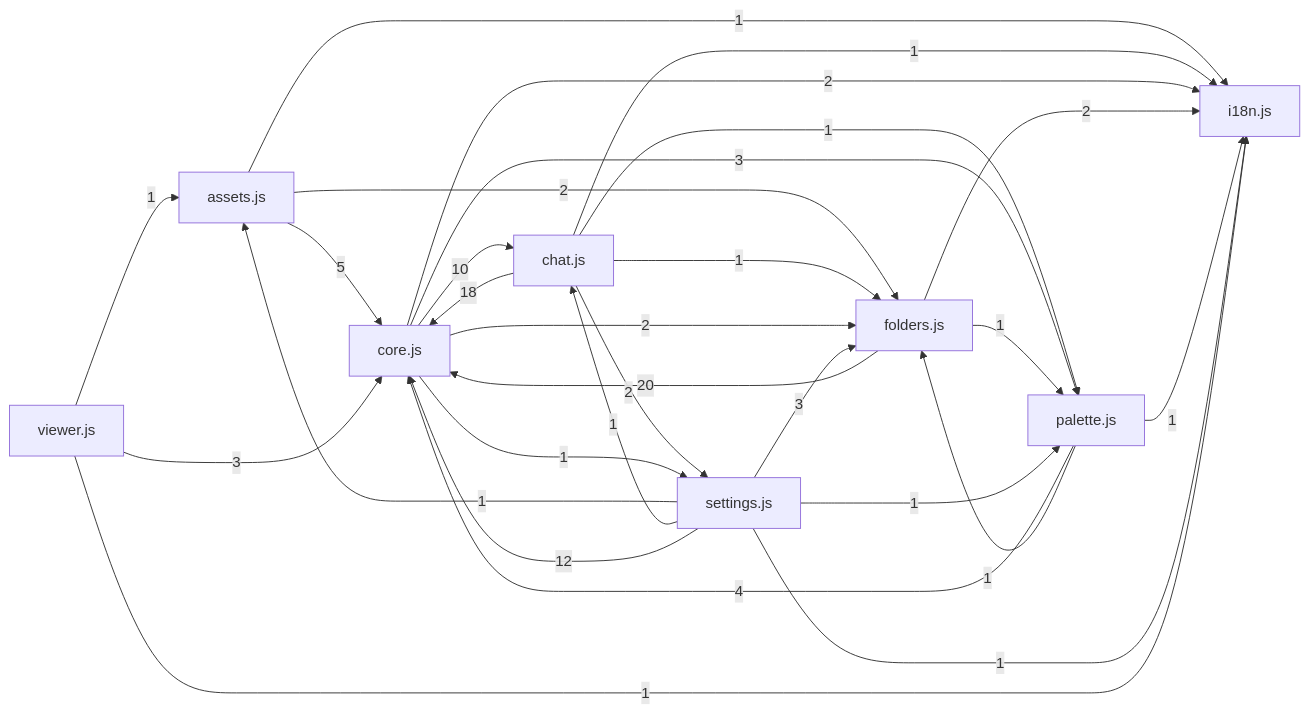
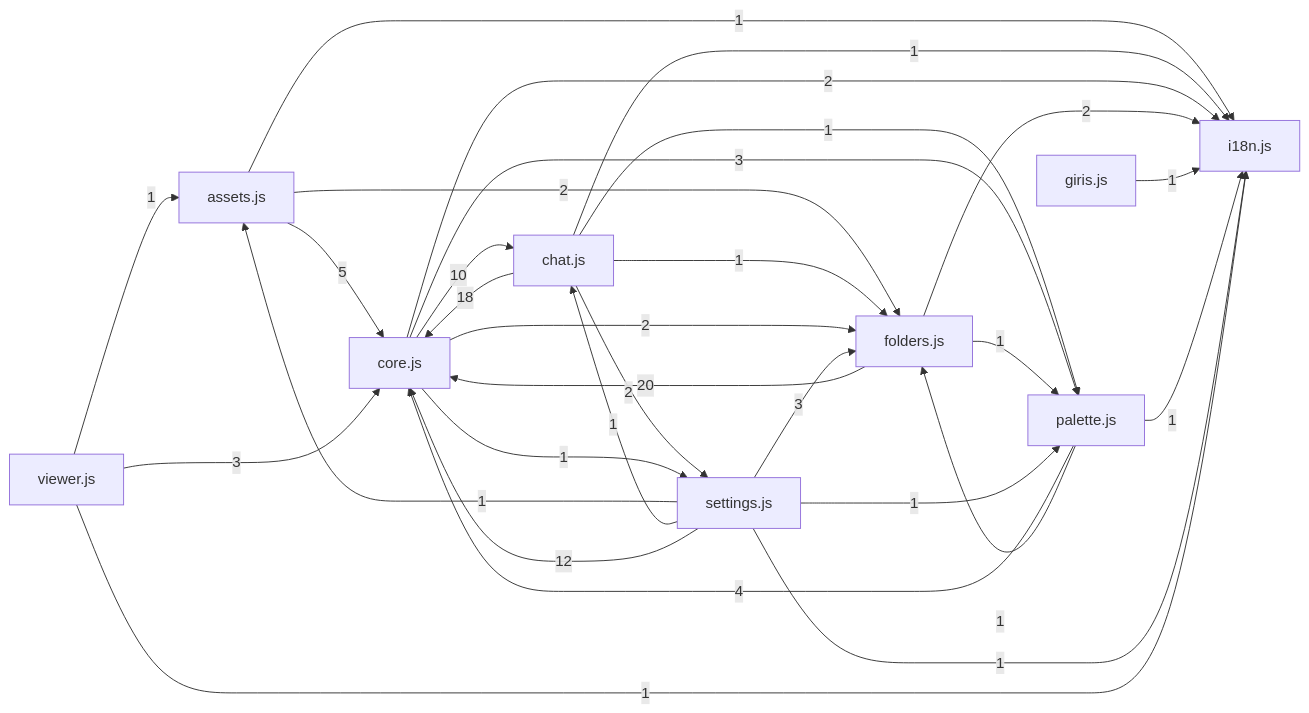
Before and after one commit to Zenginby/kromis: the diagram in docs/graflar/onyuz.md, drawn with Mermaid. The commit also changed other lines of this file and 45 other files, not shown here.

````diff
--- a/docs/graflar/onyuz.md
+++ b/docs/graflar/onyuz.md
@@ -24,31 +30,32 @@
 ```mermaid
 flowchart LR
   n_assets_js["assets.js"] -->|5| n_core_js["core.js"]
   n_assets_js["assets.js"] -->|2| n_folders_js["folders.js"]
   n_assets_js["assets.js"] -->|1| n_i18n_js["i18n.js"]
   n_chat_js["chat.js"] -->|18| n_core_js["core.js"]
   n_chat_js["chat.js"] -->|1| n_folders_js["folders.js"]
   n_chat_js["chat.js"] -->|1| n_i18n_js["i18n.js"]
   n_chat_js["chat.js"] -->|1| n_palette_js["palette.js"]
   n_chat_js["chat.js"] -->|2| n_settings_js["settings.js"]
   n_core_js["core.js"] -->|10| n_chat_js["chat.js"]
   n_core_js["core.js"] -->|2| n_folders_js["folders.js"]
   n_core_js["core.js"] -->|2| n_i18n_js["i18n.js"]
   n_core_js["core.js"] -->|3| n_palette_js["palette.js"]
   n_core_js["core.js"] -->|1| n_settings_js["settings.js"]
   n_folders_js["folders.js"] -->|20| n_core_js["core.js"]
   n_folders_js["folders.js"] -->|2| n_i18n_js["i18n.js"]
   n_folders_js["folders.js"] -->|1| n_palette_js["palette.js"]
+  n_giris_js["giris.js"] -->|1| n_i18n_js["i18n.js"]
   n_palette_js["palette.js"] -->|4| n_core_js["core.js"]
   n_palette_js["palette.js"] -->|1| n_folders_js["folders.js"]
   n_palette_js["palette.js"] -->|1| n_i18n_js["i18n.js"]
   n_settings_js["settings.js"] -->|1| n_assets_js["assets.js"]
   n_settings_js["settings.js"] -->|1| n_chat_js["chat.js"]
   n_settings_js["settings.js"] -->|12| n_core_js["core.js"]
   n_settings_js["settings.js"] -->|3| n_folders_js["folders.js"]
   n_settings_js["settings.js"] -->|1| n_i18n_js["i18n.js"]
   n_settings_js["settings.js"] -->|1| n_palette_js["palette.js"]
   n_viewer_js["viewer.js"] -->|1| n_assets_js["assets.js"]
   n_viewer_js["viewer.js"] -->|3| n_core_js["core.js"]
   n_viewer_js["viewer.js"] -->|1| n_i18n_js["i18n.js"]
 ```
````
